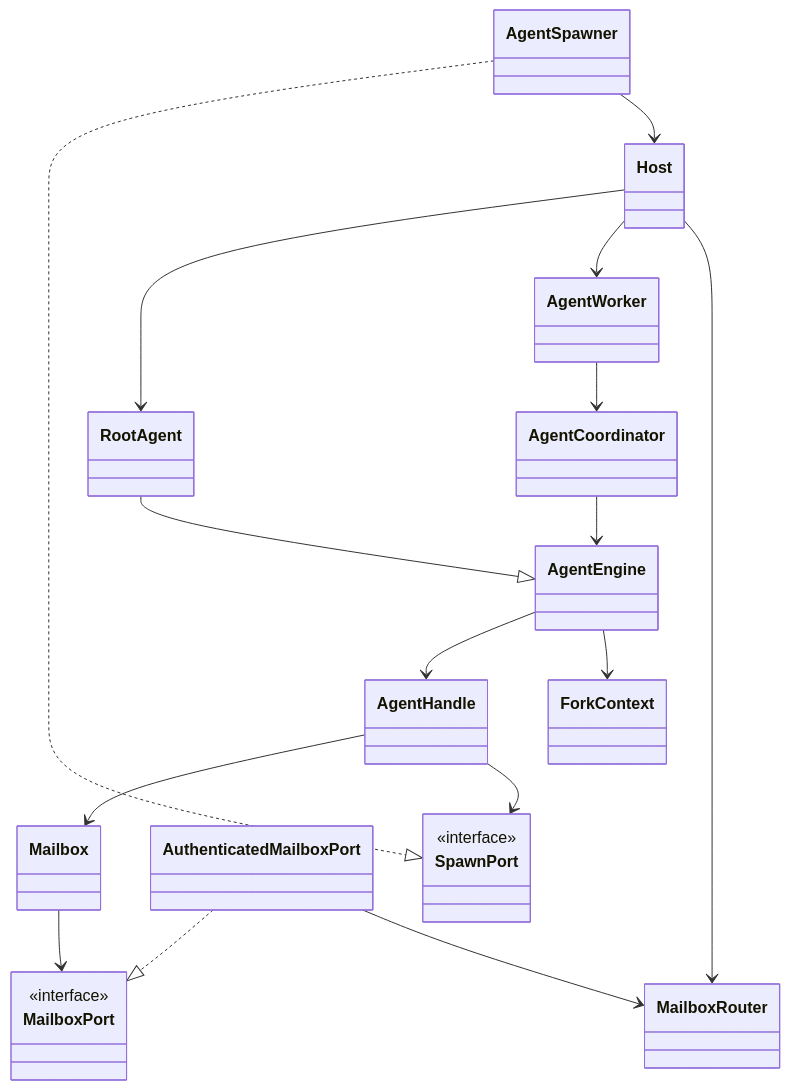
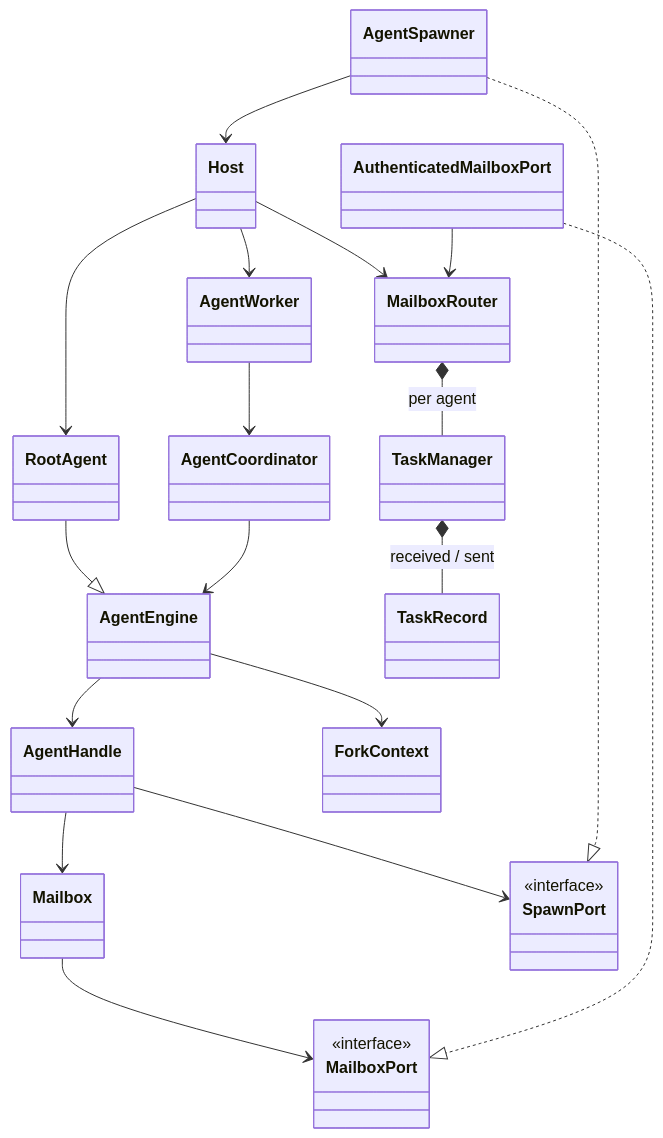
Before and after one commit to nice-jpg/Bines: the third of 3 diagrams in docs/agent-system-design.md, drawn with Mermaid. The commit also changed other lines of this file and 47 other files, not shown here.

````diff
--- a/docs/agent-system-design.md
+++ b/docs/agent-system-design.md
@@ -116,35 +137,39 @@
 ```mermaid
 classDiagram
   class Host
   class RootAgent
   class AgentEngine
   class AgentWorker
   class AgentCoordinator
   class AgentHandle
   class Mailbox
   class MailboxPort {
     <<interface>>
   }
   class AuthenticatedMailboxPort
   class MailboxRouter
   class SpawnPort {
     <<interface>>
   }
   class AgentSpawner
   class ForkContext
+  class TaskManager
+  class TaskRecord
   Host --> RootAgent
   RootAgent --|> AgentEngine
   Host --> AgentWorker
   Host --> MailboxRouter
   AgentWorker --> AgentCoordinator
   AgentCoordinator --> AgentEngine
   AgentEngine --> AgentHandle
   AgentEngine --> ForkContext
   AgentHandle --> Mailbox
   AgentHandle --> SpawnPort
   Mailbox --> MailboxPort
   AuthenticatedMailboxPort ..|> MailboxPort
   AuthenticatedMailboxPort --> MailboxRouter
+  MailboxRouter *-- TaskManager : per agent
+  TaskManager *-- TaskRecord : received / sent
   AgentSpawner ..|> SpawnPort
   AgentSpawner --> Host
 ```
````
